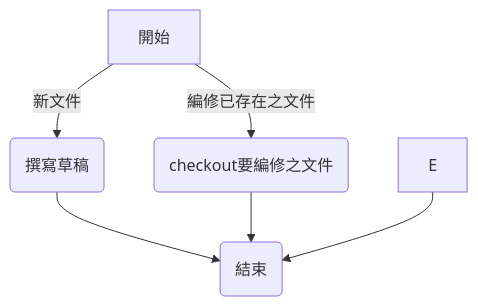
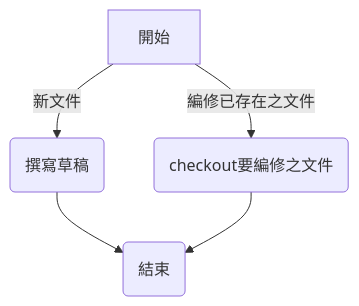
Before and after one commit to netlol/test22: the second of 2 diagrams in uu.md, drawn with Mermaid.

````diff
--- a/uu.md
+++ b/uu.md
@@ -8,9 +8,8 @@
 ```mermaid
 graph TD;
   A[開始] -->|新文件| B(撰寫草稿);
   A -->|編修已存在之文件| C(checkout要編修之文件);
   B --> D(結束);
   C --> D;
-  E --> D;
 
 ```
````
